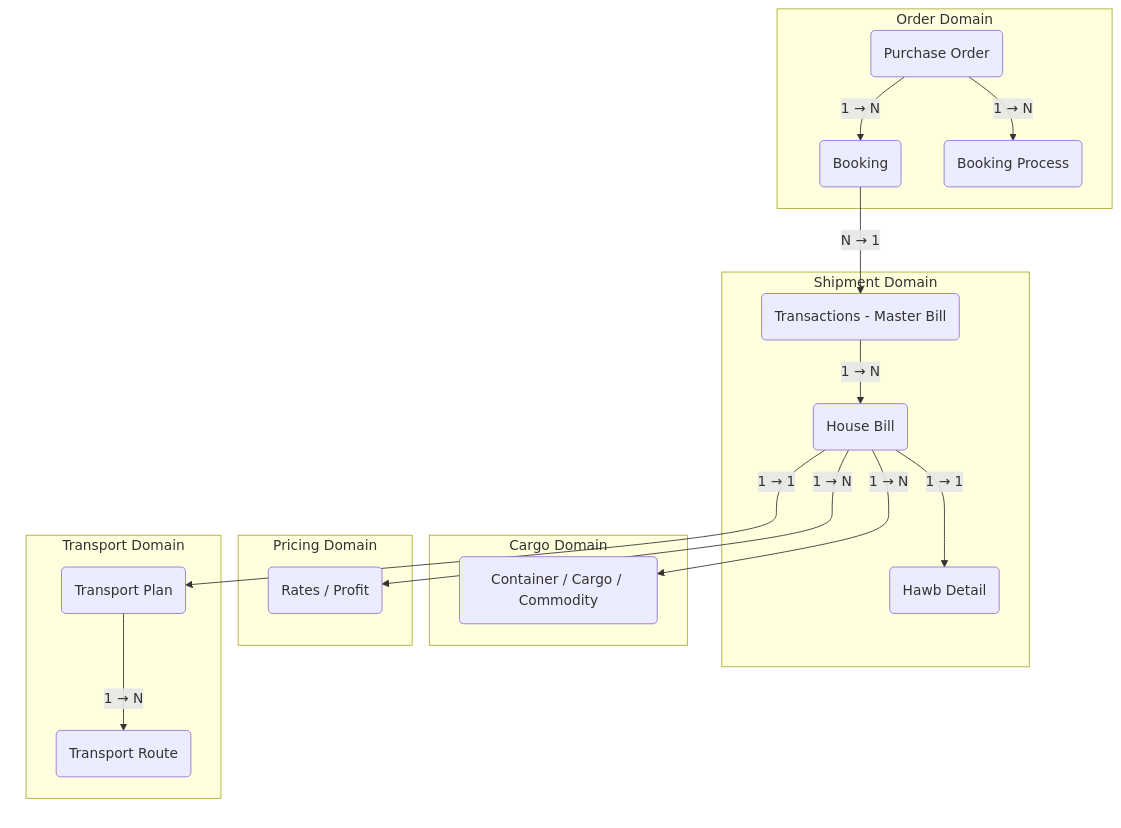
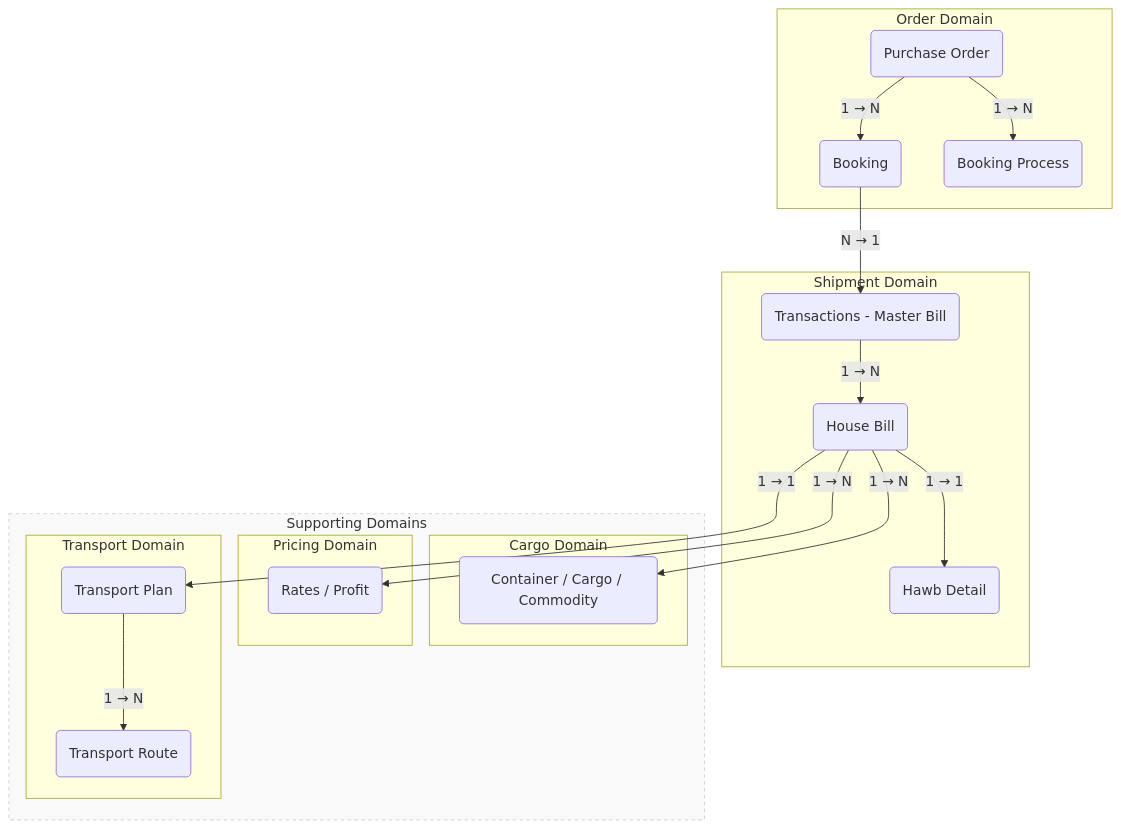
The first of 2 diagrams in projects/bf1/ERD.md (ngcdan/wiki), drawn with Mermaid before and after one commit.

Commit message:
docs: gom Cargo/Pricing/Transport vào Supporting Domains trong DDD

````diff
--- a/projects/bf1/ERD.md
+++ b/projects/bf1/ERD.md
@@ -13,39 +13,39 @@
 ```mermaid
 graph TB
     subgraph ORDER["Order Domain"]
         PO("Purchase Order")
         BK("Booking")
         BP("Booking Process")
     end
 
     subgraph SHIPMENT["Shipment Domain"]
         MB("Transactions - Master Bill")
         HB("House Bill")
         HD("Hawb Detail")
     end
 
-    subgraph BOTTOM[ ]
+    subgraph BOTTOM["Supporting Domains"]
         subgraph CARGO["Cargo Domain"]
             CC("Container / Cargo / Commodity")
         end
         subgraph PRICING["Pricing Domain"]
             RP("Rates / Profit")
         end
         subgraph TRANSPORT["Transport Domain"]
             TP("Transport Plan")
             TR("Transport Route")
         end
     end
 
     PO -->|"1 → N"| BK
     PO -->|"1 → N"| BP
     BK -->|"N → 1"| MB
     MB -->|"1 → N"| HB
     HB -->|"1 → 1"| HD
     HB -->|"1 → N"| CC
     HB -->|"1 → N"| RP
     HB -->|"1 → 1"| TP
     TP -->|"1 → N"| TR
 
-    style BOTTOM fill:none,stroke:none
+    style BOTTOM fill:#f9f9f9,stroke:#cccccc,stroke-dasharray:4
 ```
````
